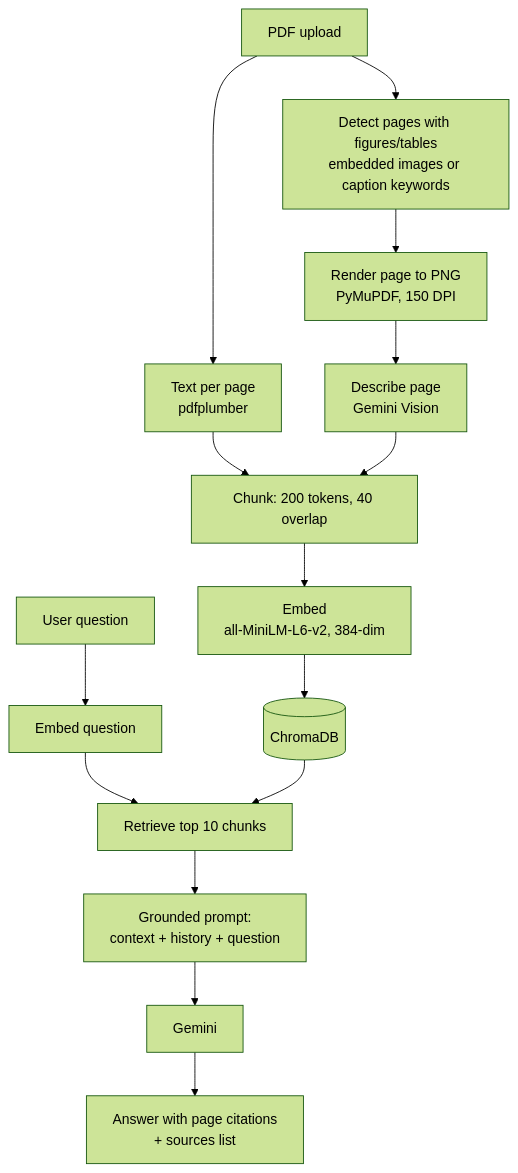
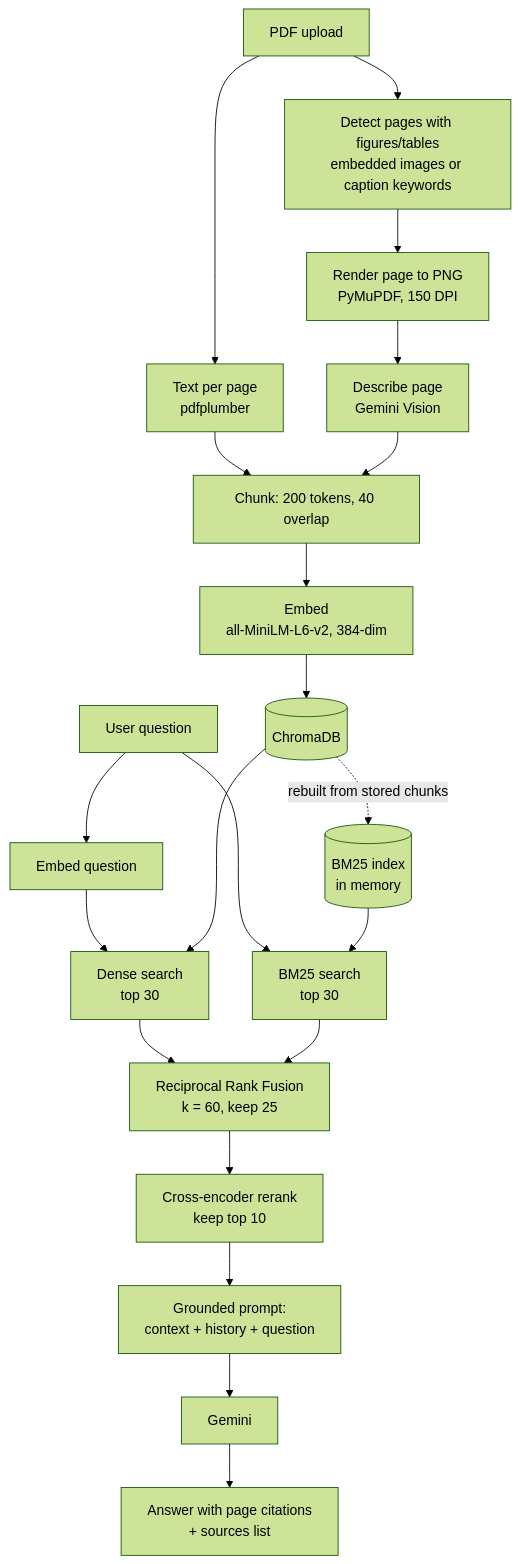
One commit to yashkumar172/multimodal-document-intelligence changed the diagram in README.md. Above: the diagram before and after it, drawn with Mermaid (forest theme). The commit also changed other lines of this file and 18 other files, not shown here.

First line of the commit message:
Add two-stage hybrid retrieval with cross-encoder reranking

````diff
--- a/README.md
+++ b/README.md
@@ -23,18 +53,25 @@
 ```mermaid
 flowchart TD
     A[PDF upload] --> B[Text per page<br/>pdfplumber]
     A --> C[Detect pages with figures/tables<br/>embedded images or caption keywords]
     C --> D[Render page to PNG<br/>PyMuPDF, 150 DPI]
     D --> E[Describe page<br/>Gemini Vision]
     B --> F[Chunk: 200 tokens, 40 overlap]
     E --> F
     F --> G[Embed<br/>all-MiniLM-L6-v2, 384-dim]
     G --> H[(ChromaDB)]
 
+    H -. rebuilt from stored chunks .-> BM[(BM25 index<br/>in memory)]
+
     Q[User question] --> QE[Embed question]
-    QE --> R[Retrieve top 10 chunks]
-    H --> R
-    R --> P[Grounded prompt:<br/>context + history + question]
+    QE --> DS[Dense search<br/>top 30]
+    H --> DS
+    Q --> SS[BM25 search<br/>top 30]
+    BM --> SS
+    DS --> RRF[Reciprocal Rank Fusion<br/>k = 60, keep 25]
+    SS --> RRF
+    RRF --> RR[Cross-encoder rerank<br/>keep top 10]
+    RR --> P[Grounded prompt:<br/>context + history + question]
     P --> L[Gemini]
     L --> ANS[Answer with page citations<br/>+ sources list]
 ```
````
